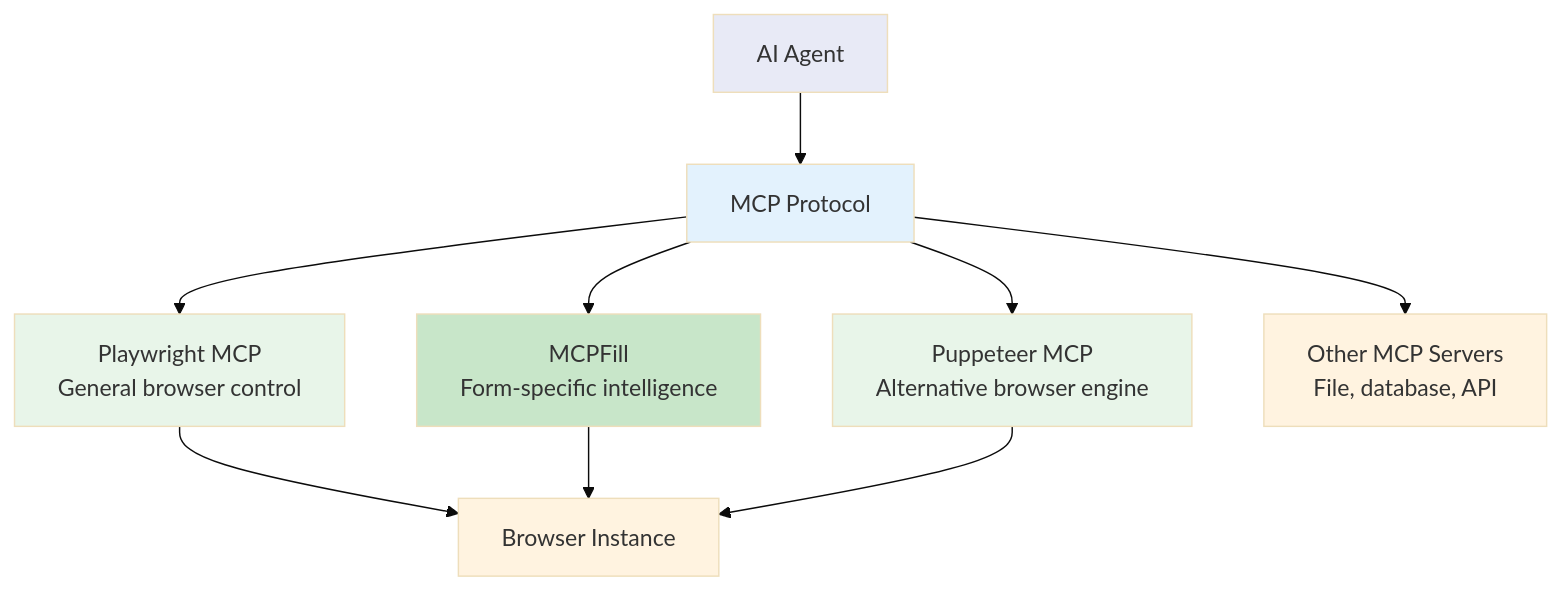
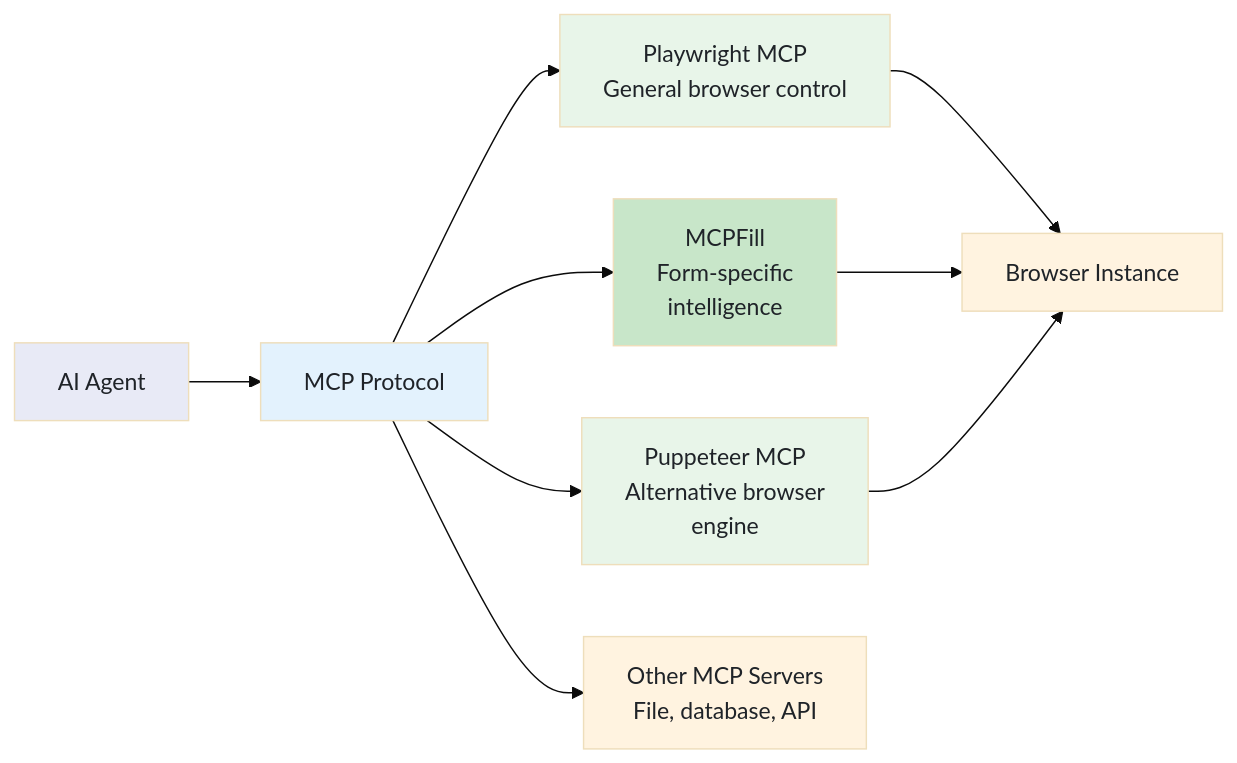
Before and after one commit to bytetunnels/bytetunnels.github.com: the fourth of 4 diagrams in _posts/2026-02-12-mcpfill-auto-filling-forms-model-context-protocol.md, drawn with Mermaid (base theme). The commit also changed other lines of this file and 118 other files, not shown here.

Commit message:
feat: improve diagram styling and compact wide flowcharts

````diff
--- a/_posts/2026-02-12-mcpfill-auto-filling-forms-model-context-protocol.md
+++ b/_posts/2026-02-12-mcpfill-auto-filling-forms-model-context-protocol.md
@@ -390,21 +390,21 @@
 ```mermaid
-graph TD
+graph LR
     A["AI Agent"] --> B["MCP Protocol"]
 
-    B --> C["Playwright MCP<br>General browser control"]
-    B --> D["MCPFill<br>Form-specific intelligence"]
-    B --> E["Puppeteer MCP<br>Alternative browser engine"]
-    B --> F["Other MCP Servers<br>File, database, API"]
+    B --> C["Playwright MCP<br/>General browser control"]
+    B --> D["MCPFill<br/>Form-specific<br/>intelligence"]
+    B --> E["Puppeteer MCP<br/>Alternative browser<br/>engine"]
+    B --> F["Other MCP Servers<br/>File, database, API"]
 
     C --> G["Browser Instance"]
     D --> G
     E --> G
 
-    style A fill:#e8eaf6
-    style B fill:#e3f2fd
-    style C fill:#e8f5e9
-    style D fill:#c8e6c9
-    style E fill:#e8f5e9
-    style F fill:#fff3e0
-    style G fill:#fff3e0
+    style A fill:#e8eaf6,color:#1f2328
+    style B fill:#e3f2fd,color:#1f2328
+    style C fill:#e8f5e9,color:#1f2328
+    style D fill:#c8e6c9,color:#1f2328
+    style E fill:#e8f5e9,color:#1f2328
+    style F fill:#fff3e0,color:#1f2328
+    style G fill:#fff3e0,color:#1f2328
 ```
````
